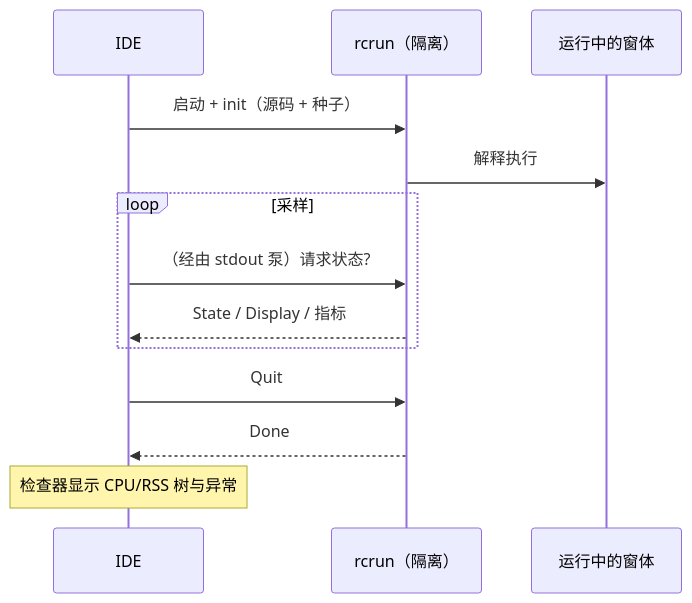
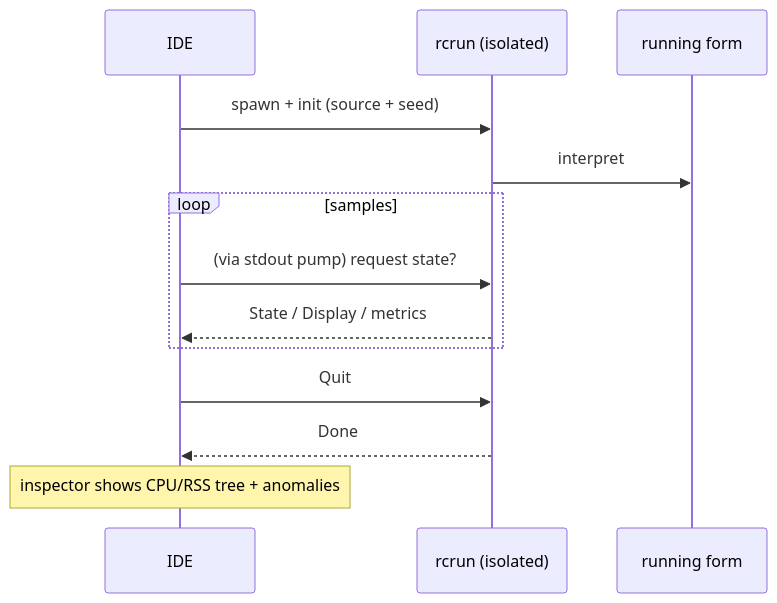
One commit to CloudLandBeta/PowerRustCOBOL changed the diagram in docs/observability-cn.md. Above: the diagram before and after it, drawn with Mermaid. The commit also changed other lines of this file and 6 other files, not shown here.

````diff
--- a/docs/observability-cn.md
+++ b/docs/observability-cn.md
@@ -269,16 +271,16 @@
 ```mermaid
 sequenceDiagram
     participant IDE
-    participant Child as rcrun（隔离）
-    participant Form as 运行中的窗体
+    participant Child as rcrun (isolated)
+    participant Form as running form
 
-    IDE->>Child: 启动 + init（源码 + 种子）
-    Child->>Form: 解释执行
-    loop 采样
-        IDE->>Child: （经由 stdout 泵）请求状态?
-        Child-->>IDE: State / Display / 指标
+    IDE->>Child: spawn + init (source + seed)
+    Child->>Form: interpret
+    loop samples
+        IDE->>Child: (via stdout pump) request state?
+        Child-->>IDE: State / Display / metrics
     end
     IDE->>Child: Quit
     Child-->>IDE: Done
-    Note over IDE: 检查器显示 CPU/RSS 树与异常
+    Note over IDE: inspector shows CPU/RSS tree + anomalies
 ```
````
